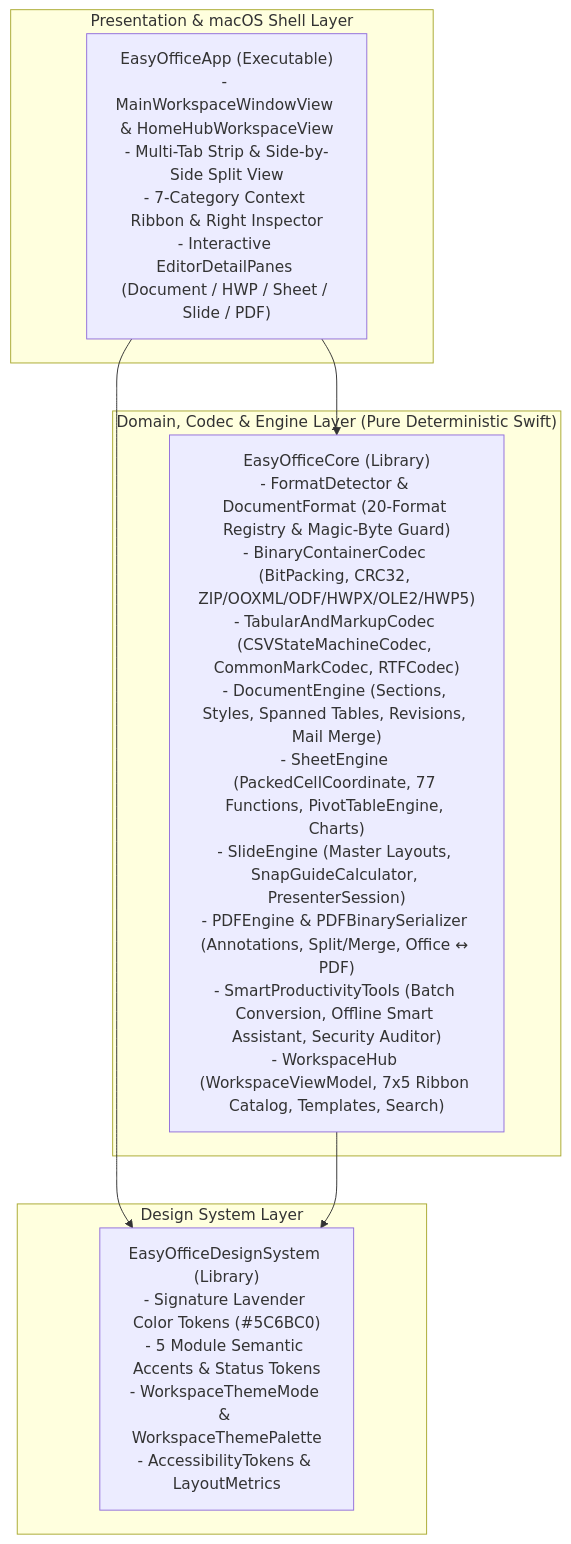
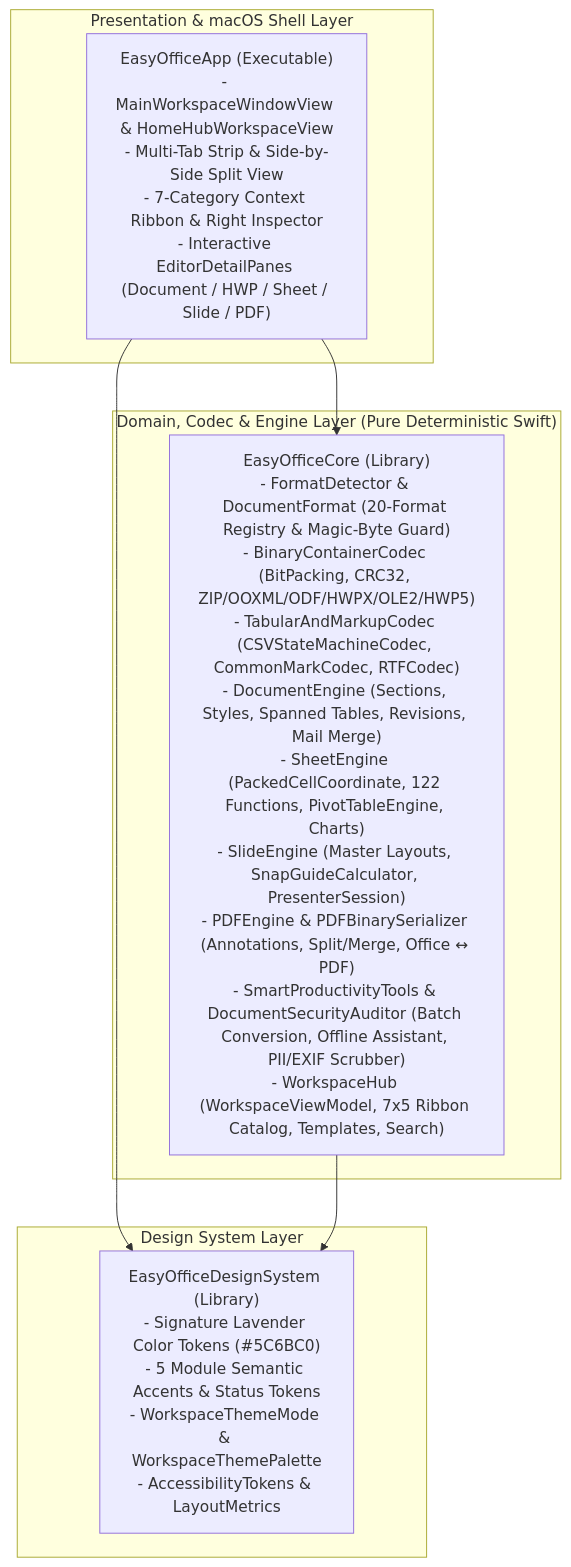
The diagram in docs/architecture.md (AquilaXk/easyoffice), drawn with Mermaid before and after one commit. The commit also changed other lines of this file and 42 other files, not shown here.

````diff
--- a/docs/architecture.md
+++ b/docs/architecture.md
@@ -9,18 +9,18 @@
 ```mermaid
 flowchart TD
     subgraph AppLayer["Presentation & macOS Shell Layer"]
         EasyOfficeApp["EasyOfficeApp (Executable)\n- MainWorkspaceWindowView & HomeHubWorkspaceView\n- Multi-Tab Strip & Side-by-Side Split View\n- 7-Category Context Ribbon & Right Inspector\n- Interactive EditorDetailPanes (Document / HWP / Sheet / Slide / PDF)"]
     end
 
     subgraph DesignLayer["Design System Layer"]
         EasyOfficeDesignSystem["EasyOfficeDesignSystem (Library)\n- Signature Lavender Color Tokens (#5C6BC0)\n- 5 Module Semantic Accents & Status Tokens\n- WorkspaceThemeMode & WorkspaceThemePalette\n- AccessibilityTokens & LayoutMetrics"]
     end
 
     subgraph CoreLayer["Domain, Codec & Engine Layer (Pure Deterministic Swift)"]
-        EasyOfficeCore["EasyOfficeCore (Library)\n- FormatDetector & DocumentFormat (20-Format Registry & Magic-Byte Guard)\n- BinaryContainerCodec (BitPacking, CRC32, ZIP/OOXML/ODF/HWPX/OLE2/HWP5)\n- TabularAndMarkupCodec (CSVStateMachineCodec, CommonMarkCodec, RTFCodec)\n- DocumentEngine (Sections, Styles, Spanned Tables, Revisions, Mail Merge)\n- SheetEngine (PackedCellCoordinate, 77 Functions, PivotTableEngine, Charts)\n- SlideEngine (Master Layouts, SnapGuideCalculator, PresenterSession)\n- PDFEngine & PDFBinarySerializer (Annotations, Split/Merge, Office ↔ PDF)\n- SmartProductivityTools (Batch Conversion, Offline Smart Assistant, Security Auditor)\n- WorkspaceHub (WorkspaceViewModel, 7x5 Ribbon Catalog, Templates, Search)"]
+        EasyOfficeCore["EasyOfficeCore (Library)\n- FormatDetector & DocumentFormat (20-Format Registry & Magic-Byte Guard)\n- BinaryContainerCodec (BitPacking, CRC32, ZIP/OOXML/ODF/HWPX/OLE2/HWP5)\n- TabularAndMarkupCodec (CSVStateMachineCodec, CommonMarkCodec, RTFCodec)\n- DocumentEngine (Sections, Styles, Spanned Tables, Revisions, Mail Merge)\n- SheetEngine (PackedCellCoordinate, 122 Functions, PivotTableEngine, Charts)\n- SlideEngine (Master Layouts, SnapGuideCalculator, PresenterSession)\n- PDFEngine & PDFBinarySerializer (Annotations, Split/Merge, Office ↔ PDF)\n- SmartProductivityTools & DocumentSecurityAuditor (Batch Conversion, Offline Assistant, PII/EXIF Scrubber)\n- WorkspaceHub (WorkspaceViewModel, 7x5 Ribbon Catalog, Templates, Search)"]
     end
 
     EasyOfficeApp --> EasyOfficeDesignSystem
     EasyOfficeApp --> EasyOfficeCore
     EasyOfficeCore --> EasyOfficeDesignSystem
 ```
````
